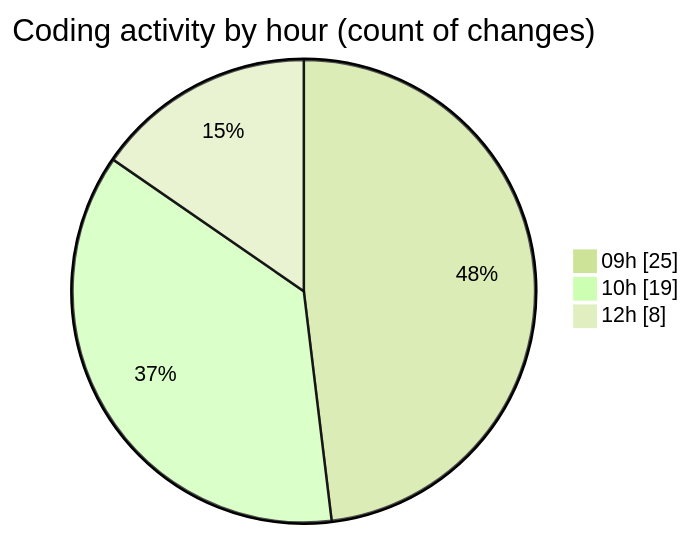
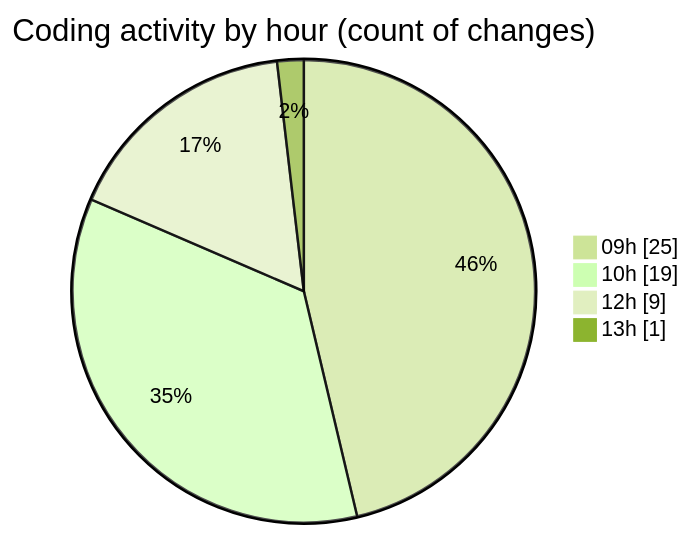
The second of 2 diagrams in 2025-08-19/cda/README.md (momahboobian/code-tracking), drawn with Mermaid (forest theme) before and after one commit. The commit also changed other lines of this file and 1 other file, not shown here.

````diff
--- a/2025-08-19/cda/README.md
+++ b/2025-08-19/cda/README.md
@@ -41,7 +44,8 @@
 ```mermaid
 pie showData
 title Coding activity by hour (count of changes)
 "09h" : 25
 "10h" : 19
-"12h" : 8
+"12h" : 9
+"13h" : 1
 ```
````
